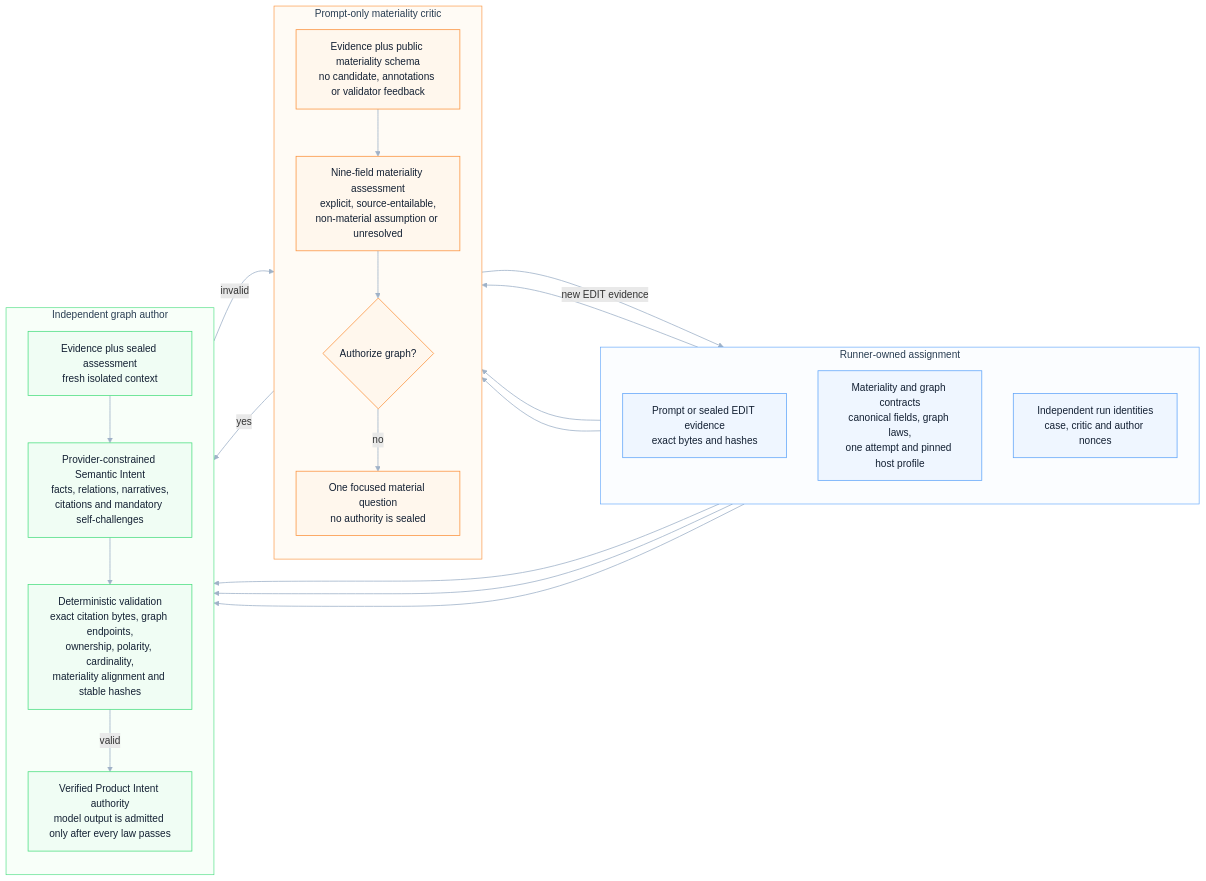
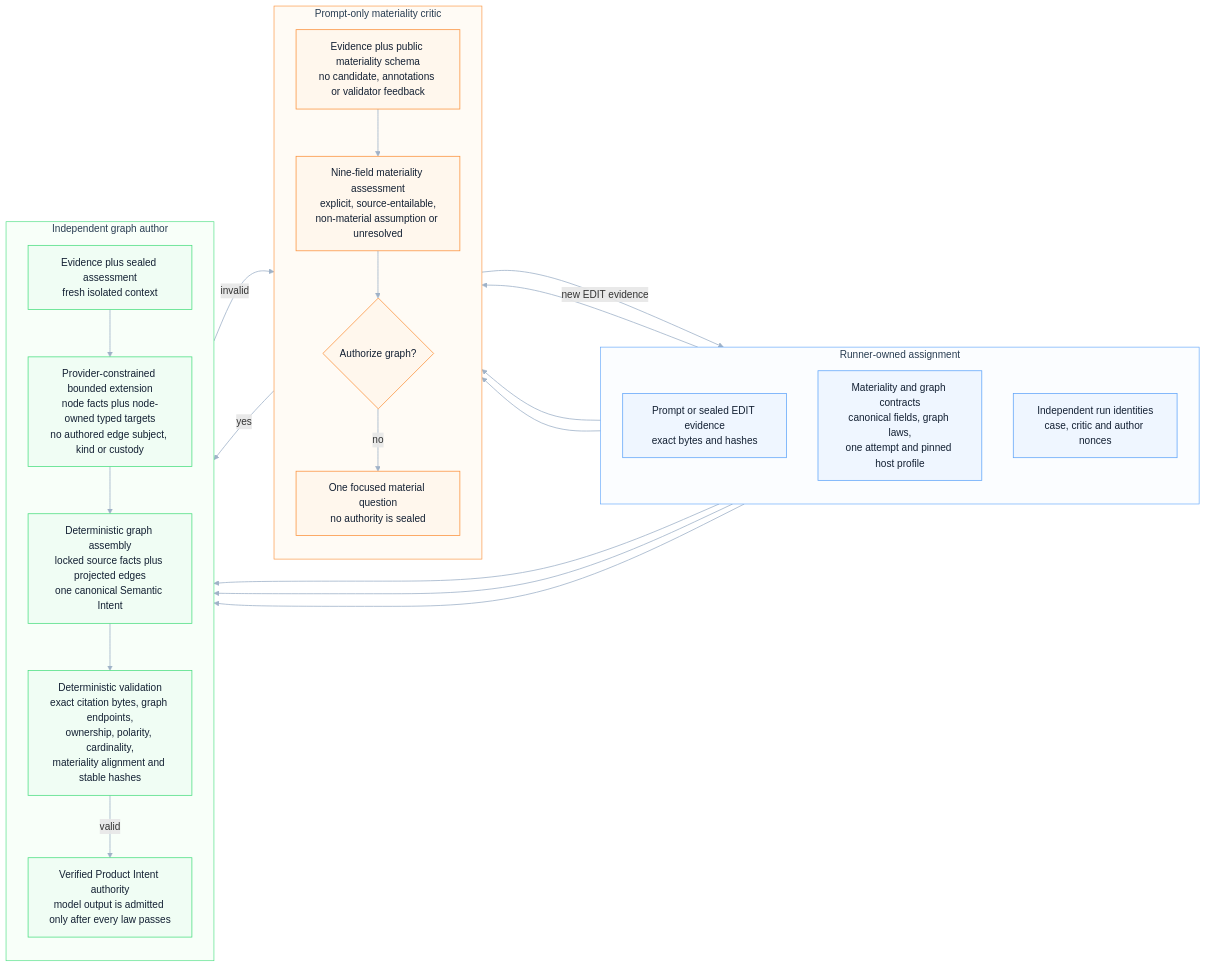
The diagram in odylith/atlas/source/greenfield-first-path-semantic-copy-custody.mmd (odylith/odylith), drawn with Mermaid before and after one commit. The commit also changed 81 other files, not shown here.

Commit message:
fix(greenfield): make extension edges node-owned

```diff
--- a/odylith/atlas/source/greenfield-first-path-semantic-copy-custody.mmd
+++ b/odylith/atlas/source/greenfield-first-path-semantic-copy-custody.mmd
@@ -1,49 +1,50 @@
 flowchart LR
     subgraph assignment["Runner-owned assignment"]
       direction TB
       evidence["Prompt or sealed EDIT evidence<br/>exact bytes and hashes"]
       contract["Materiality and graph contracts<br/>canonical fields, graph laws,<br/>one attempt and pinned host profile"]
       nonces["Independent run identities<br/>case, critic and author nonces"]
     end
 
     subgraph critic_lane["Prompt-only materiality critic"]
       direction TB
       critic_input["Evidence plus public materiality schema<br/>no candidate, annotations or validator feedback"]
       assessment["Nine-field materiality assessment<br/>explicit, source-entailable,<br/>non-material assumption or unresolved"]
       decision{"Authorize graph?"}
       clarification["One focused material question<br/>no authority is sealed"]
     end
 
     subgraph author_lane["Independent graph author"]
       direction TB
       author_input["Evidence plus sealed assessment<br/>fresh isolated context"]
-      structured_output["Provider-constrained Semantic Intent<br/>facts, relations, narratives,<br/>citations and mandatory self-challenges"]
+      structured_output["Provider-constrained bounded extension<br/>node facts plus node-owned typed targets<br/>no authored edge subject, kind or custody"]
+      graph_assembly["Deterministic graph assembly<br/>locked source facts plus projected edges<br/>one canonical Semantic Intent"]
       deterministic_checks["Deterministic validation<br/>exact citation bytes, graph endpoints,<br/>ownership, polarity, cardinality,<br/>materiality alignment and stable hashes"]
       authority["Verified Product Intent authority<br/>model output is admitted only after every law passes"]
     end
 
     evidence --> critic_input
     contract --> critic_input
     nonces --> critic_input
     critic_input --> assessment --> decision
     decision -- "no" --> clarification
     clarification -- "new EDIT evidence" --> evidence
     decision -- "yes" --> author_input
     evidence --> author_input
     contract --> author_input
     nonces --> author_input
-    author_input --> structured_output --> deterministic_checks
+    author_input --> structured_output --> graph_assembly --> deterministic_checks
     deterministic_checks -- "invalid" --> clarification
     deterministic_checks -- "valid" --> authority
 
     classDef assignment fill:#EFF6FF,stroke:#60A5FA,color:#132033,stroke-width:1.2px;
     classDef critic fill:#FFF7ED,stroke:#FB923C,color:#132033,stroke-width:1.2px;
     classDef author fill:#F0FDF4,stroke:#4ADE80,color:#132033,stroke-width:1.2px;
     class evidence,contract,nonces assignment;
     class critic_input,assessment,decision,clarification critic;
-    class author_input,structured_output,deterministic_checks,authority author;
+    class author_input,structured_output,graph_assembly,deterministic_checks,authority author;
 
     style assignment fill:#FBFDFF,stroke:#60A5FA,stroke-width:1px,color:#293D52
     style critic_lane fill:#FFFBF5,stroke:#FB923C,stroke-width:1px,color:#293D52
     style author_lane fill:#F8FFF9,stroke:#4ADE80,stroke-width:1px,color:#293D52
     linkStyle default stroke:#9FB2C8,stroke-width:1.25px
```
